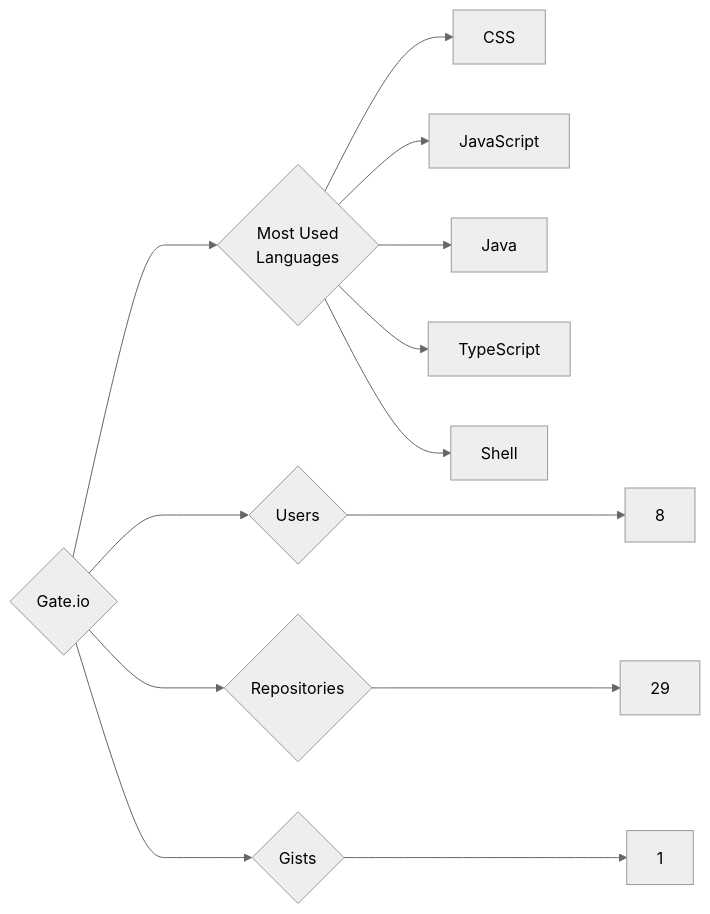
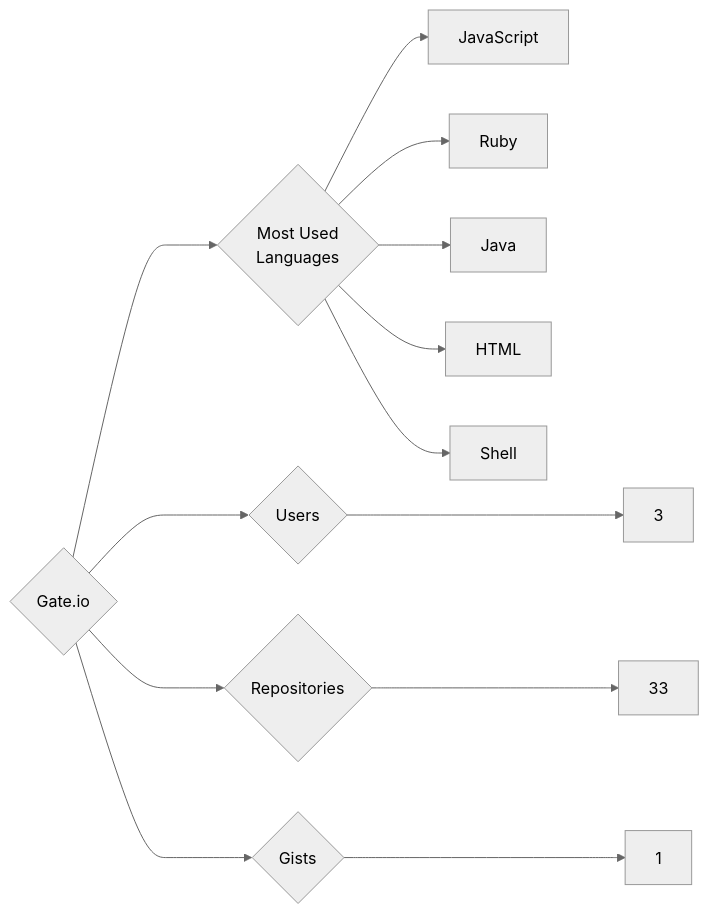
The diagram in targets/Gate.io/README.md (trickest/insiders), drawn with Mermaid (neutral theme) before and after one commit. The commit also changed 1175 other files, not shown here.

````diff
--- a/targets/Gate.io/README.md
+++ b/targets/Gate.io/README.md
@@ -3,13 +3,13 @@
 ```mermaid
 graph LR
 COMPANY_NAME{Gate.io}
-COMPANY_NAME ---> U{Users} ---> UN[8]
-COMPANY_NAME ---> R{Repositories} ---> RN[29]
+COMPANY_NAME ---> U{Users} ---> UN[3]
+COMPANY_NAME ---> R{Repositories} ---> RN[33]
 COMPANY_NAME ---> G{Gists} ---> GN[1]
 COMPANY_NAME ---> ML{Most Used<br>Languages}
-ML --> CSS[CSS]
 ML --> JavaScript[JavaScript]
+ML --> Ruby[Ruby]
 ML --> Java[Java]
-ML --> TypeScript[TypeScript]
+ML --> HTML[HTML]
 ML --> Shell[Shell]
 ```
````
